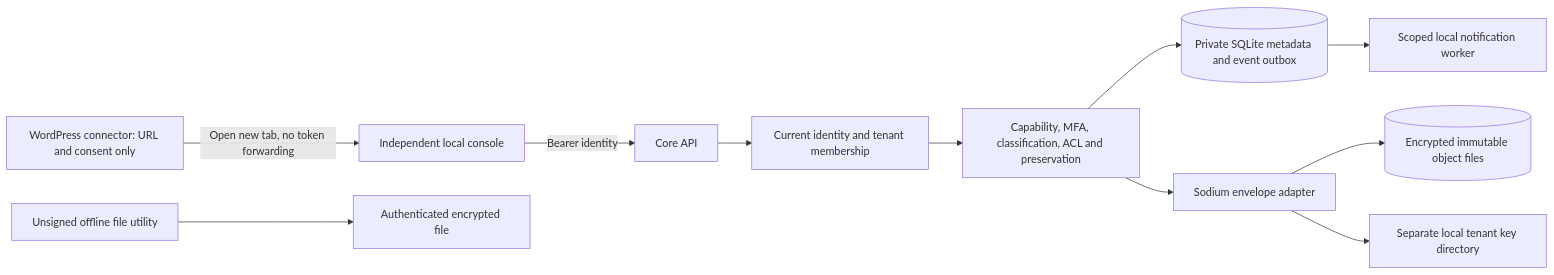
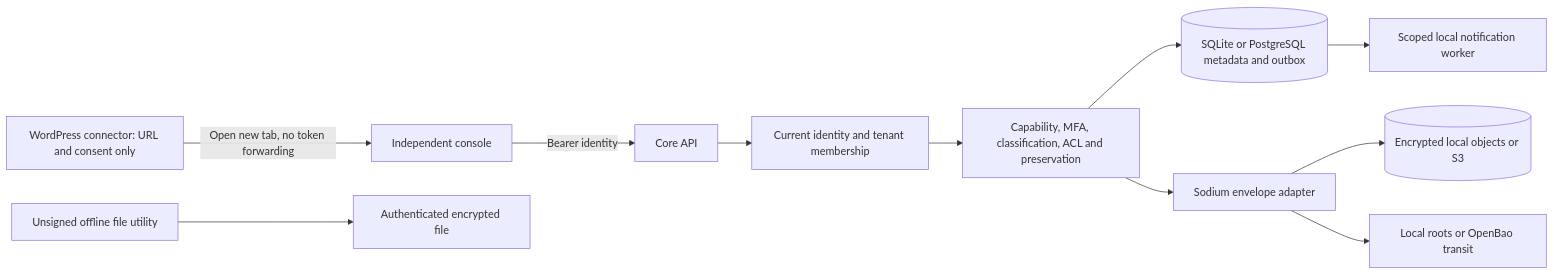
One commit to ildrm/wordpress-subsidiary-vault-knowledge-management changed the diagram in docs/architecture/overview.md. Above: the diagram before and after it, drawn with Mermaid. The commit also changed other lines of this file and 87 other files, not shown here.

````diff
--- a/docs/architecture/overview.md
+++ b/docs/architecture/overview.md
@@ -3,13 +3,13 @@
 ```mermaid
 flowchart LR
-  WP[WordPress connector: URL and consent only] -->|Open new tab, no token forwarding| UI[Independent local console]
+  WP[WordPress connector: URL and consent only] -->|Open new tab, no token forwarding| UI[Independent console]
   UI -->|Bearer identity| API[Core API]
   API --> AUTH[Current identity and tenant membership]
   AUTH --> POLICY[Capability, MFA, classification, ACL and preservation]
-  POLICY --> DB[(Private SQLite metadata and event outbox)]
+  POLICY --> DB[(SQLite or PostgreSQL metadata and outbox)]
   POLICY --> CRYPTO[Sodium envelope adapter]
-  CRYPTO --> OBJECTS[(Encrypted immutable object files)]
-  CRYPTO --> KEYS[Separate local tenant key directory]
+  CRYPTO --> OBJECTS[(Encrypted local objects or S3)]
+  CRYPTO --> KEYS[Local roots or OpenBao transit]
   DB --> WORKER[Scoped local notification worker]
   CLIENT[Unsigned offline file utility] --> FILE[Authenticated encrypted file]
 ```
````
